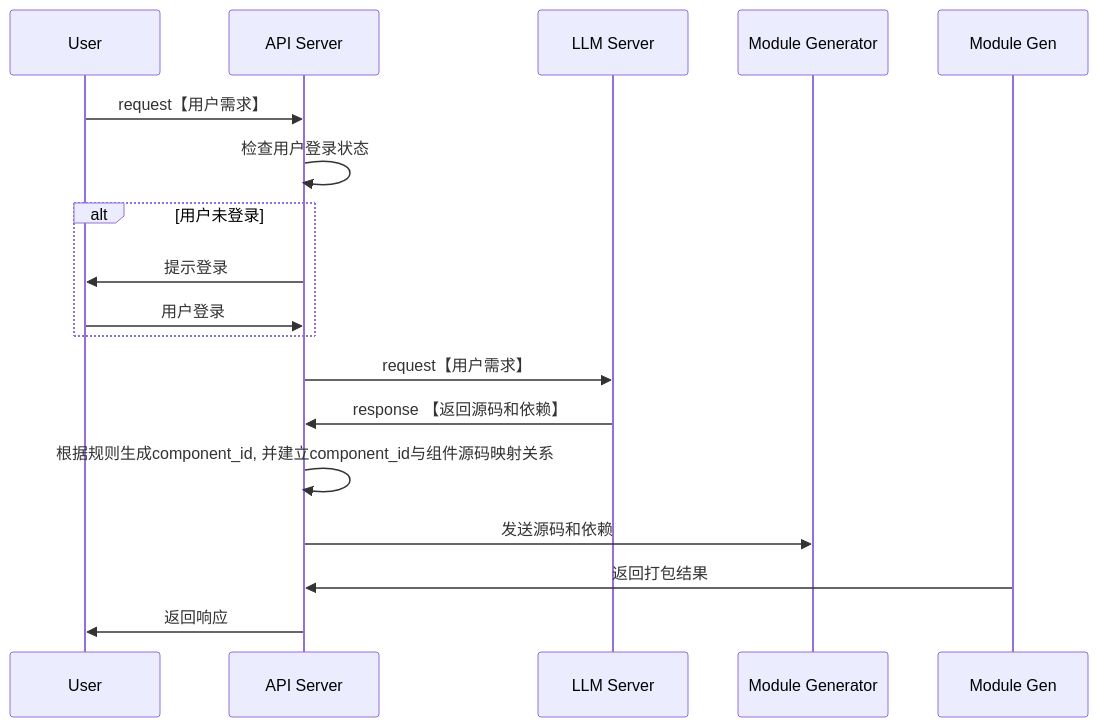
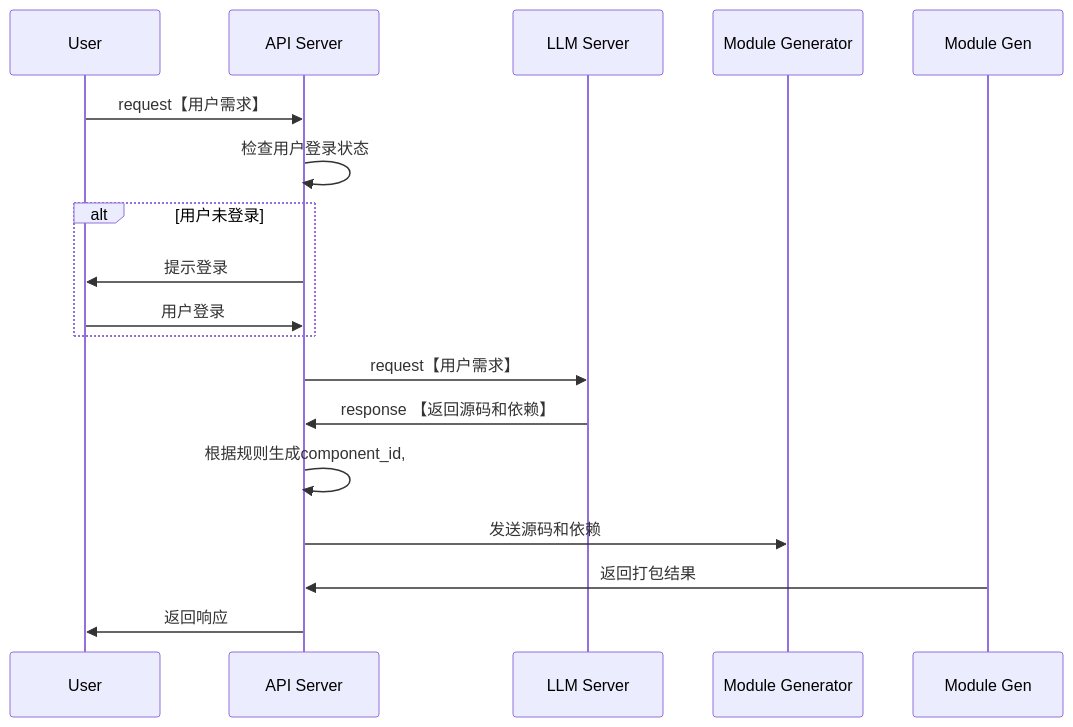
The diagram in all/未命名-7.md (yingjianzh/iodraw-files), drawn with Mermaid before and after one commit.

Commit message:
2024-10-08 15:39:57 update

````diff
--- a/all/未命名-7.md
+++ b/all/未命名-7.md
@@ -1,24 +1,24 @@
 ```mermaid
 sequenceDiagram
     participant User
     participant API Server
     participant LLM Server
     participant Module Generator
 
     User->>API Server: request【用户需求】
     API Server->>API Server: 检查用户登录状态
     alt 用户未登录
         API Server->>User: 提示登录
         User->>API Server: 用户登录
     end
 
     API Server->>LLM Server: request【用户需求】
     LLM Server->>API Server: response 【返回源码和依赖】
-    API Server->>API Server: 根据规则生成component_id, 并建立component_id与组件源码映射关系
+    API Server->>API Server: 根据规则生成component_id,
 
     API Server->>Module Generator: 发送源码和依赖
     Module Gen->>API Server: 返回打包结果
 
     API Server->>User: 返回响应
 
 ```
````
